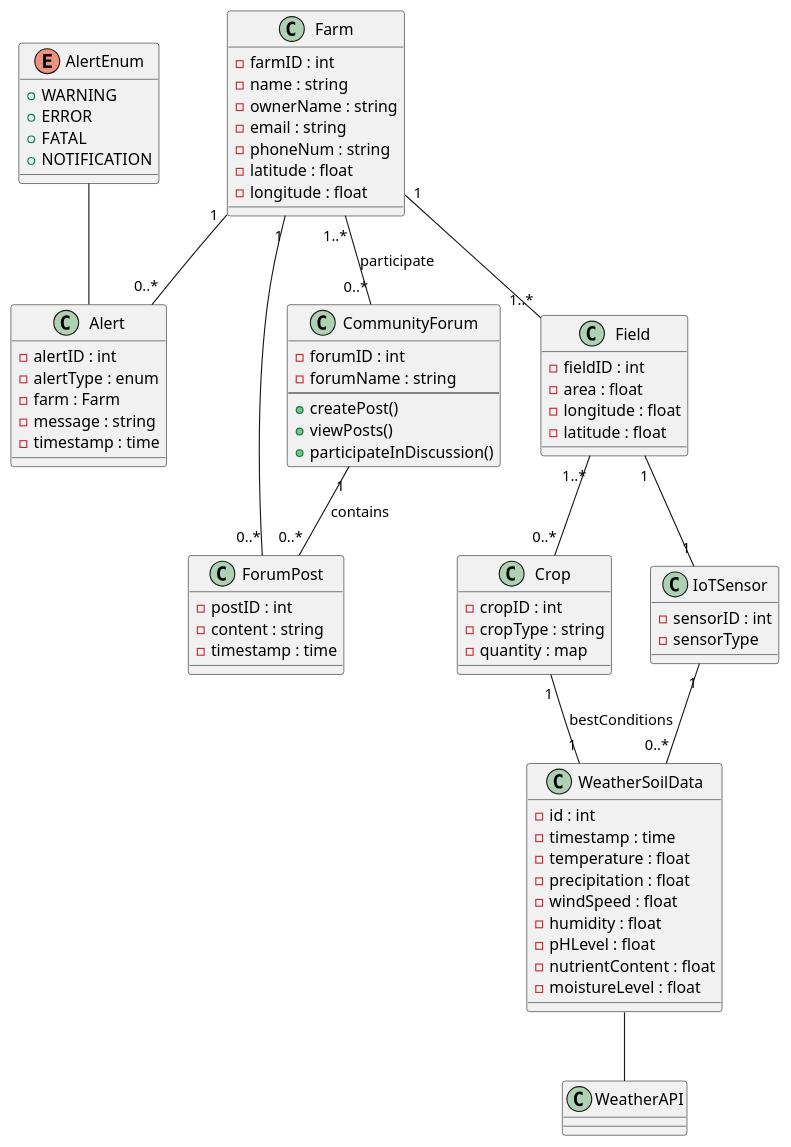
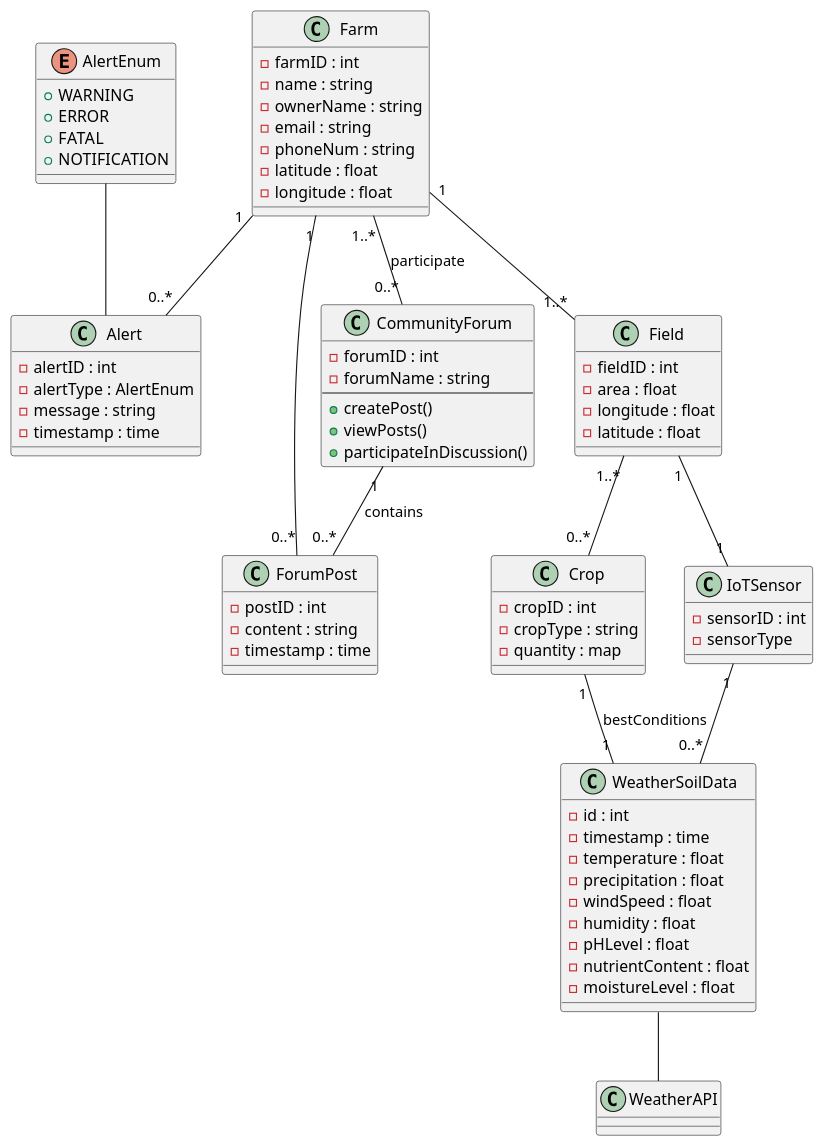
Before and after one commit to IlyasIsHere/Smart-Farm-Dashboard: the diagram in classDiagram.plantuml, drawn with PlantUML. The commit also changed 3 other files, not shown here.

Commit message:
Fixed some mistakes in ddl and class diagrams + added .gitignore

```diff
--- a/classDiagram.plantuml
+++ b/classDiagram.plantuml
@@ -1,87 +1,86 @@
 @startuml
 
 class Farm {
   - farmID : int
   - name : string
   - ownerName : string
   - email : string
   - phoneNum : string
   - latitude : float
   - longitude : float
 }
 
 class WeatherSoilData {
   - id : int
   - timestamp : time
   - temperature : float
   - precipitation : float
   - windSpeed : float
   - humidity : float
   - pHLevel : float
   - nutrientContent : float
   - moistureLevel : float
 }
 
 class Crop {
   - cropID : int
   - cropType : string
   - quantity : map
 }
 
 class Field {
   - fieldID : int
   - area : float
   - longitude : float
   - latitude : float
   
 }
 
 class IoTSensor {
   - sensorID : int
   - sensorType
 }
 
 class Alert {
   - alertID : int
-  - alertType : enum
-  - farm : Farm
+  - alertType : AlertEnum
   - message : string
   - timestamp : time
 }
 
 enum AlertEnum {
   + WARNING
   + ERROR
   + FATAL
   + NOTIFICATION
 }
 
 class ForumPost {
   - postID : int
   - content : string
   - timestamp : time
 }
 
 class CommunityForum {
   - forumID : int
   - forumName : string
   --
   + createPost()
   + viewPosts()
   + participateInDiscussion()
 }
 
 Field "1..*" -- "0..*" Crop
 WeatherSoilData -- WeatherAPI
 Field "1" -- "1" IoTSensor
 Crop "1" -- "1" WeatherSoilData : bestConditions
 IoTSensor "1" -- "0..*" WeatherSoilData
 Farm "1" -- "0..*" Alert
 Farm "1" -- "1..*" Field
 Farm "1..*" -- "0..*" CommunityForum : participate
 CommunityForum "1" -- "0..*" ForumPost : contains
 ForumPost "0..*" -- "1" Farm
 AlertEnum -- Alert
 
 
 @enduml
```
